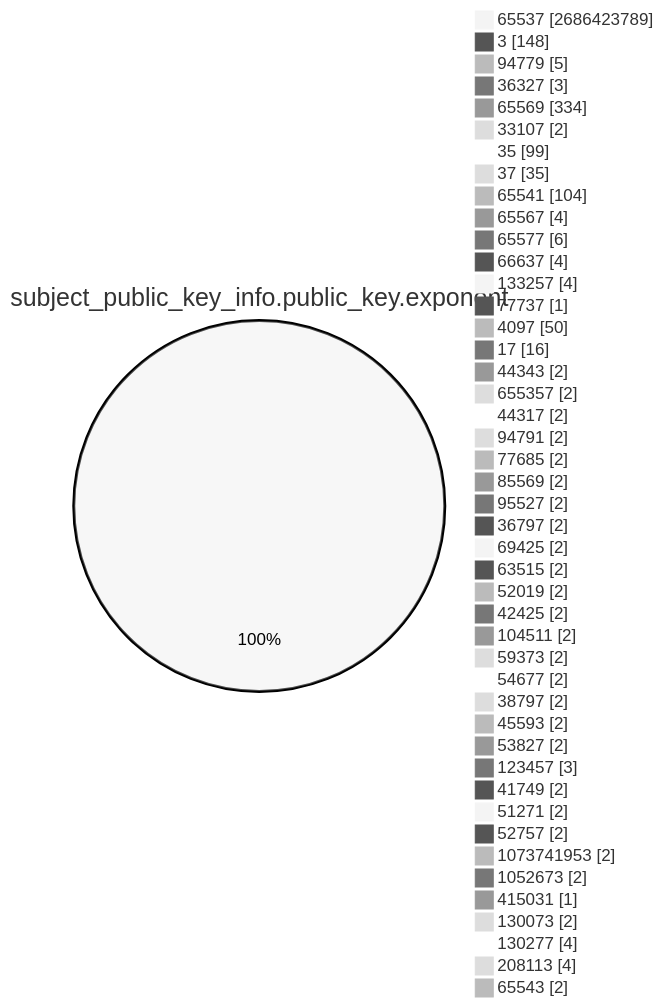
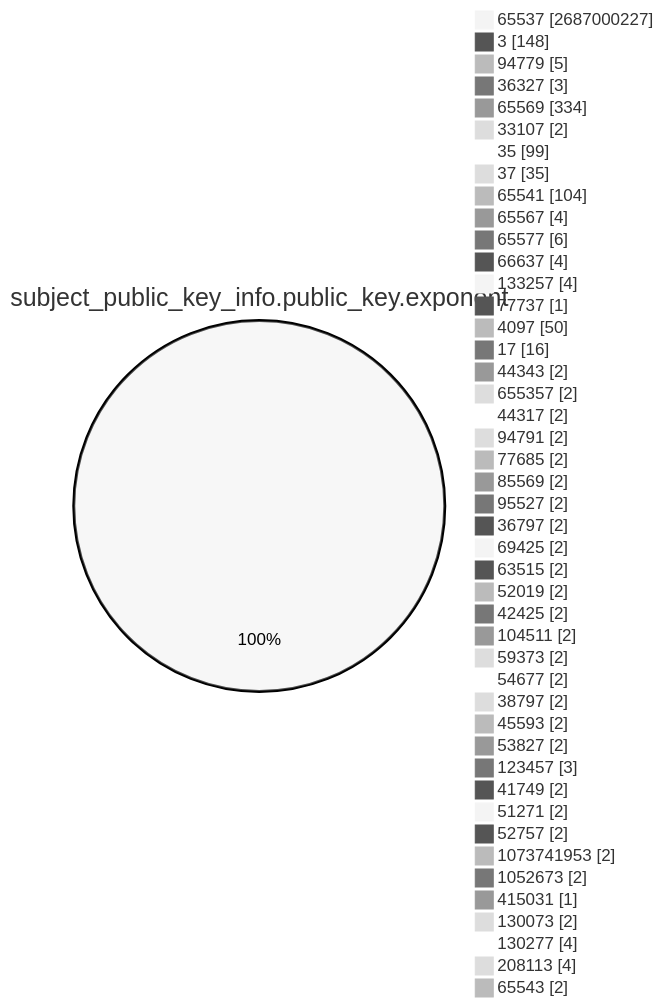
Before and after one commit to christiankrug/ctmonitor_visualization: the fourth of 15 diagrams in TOTAL/README.md, drawn with Mermaid (neutral theme). The commit also changed other lines of this file, not shown here.

````diff
--- a/TOTAL/README.md
+++ b/TOTAL/README.md
@@ -1467,49 +1467,49 @@
 ```mermaid
 pie showData
 title subject_public_key_info.public_key.exponent
-"65537" :2686423789
+"65537" :2687000227
 "3" :148
 "94779" :5
 "36327" :3
 "65569" :334
 "33107" :2
 "35" :99
 "37" :35
 "65541" :104
 "65567" :4
 "65577" :6
 "66637" :4
 "133257" :4
 "77737" :1
 "4097" :50
 "17" :16
 "44343" :2
 "655357" :2
 "44317" :2
 "94791" :2
 "77685" :2
 "85569" :2
 "95527" :2
 "36797" :2
 "69425" :2
 "63515" :2
 "52019" :2
 "42425" :2
 "104511" :2
 "59373" :2
 "54677" :2
 "38797" :2
 "45593" :2
 "53827" :2
 "123457" :3
 "41749" :2
 "51271" :2
 "52757" :2
 "1073741953" :2
 "1052673" :2
 "415031" :1
 "130073" :2
 "130277" :4
 "208113" :4
 "65543" :2
 ```
````
